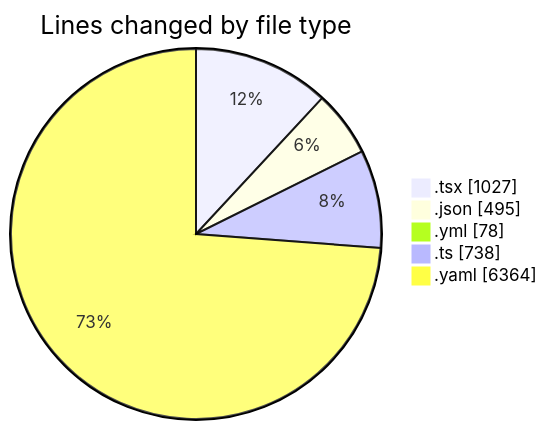
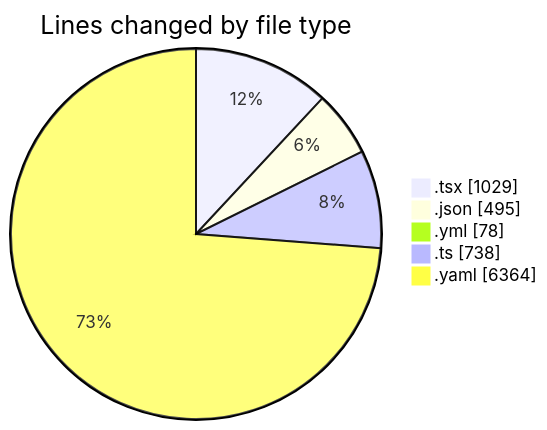
Before and after one commit to julien-gomy/code-tracking: the first of 2 diagrams in 2025-11-27/eventscop-frontend-guide__workspace_/README.md, drawn with Mermaid. The commit also changed other lines of this file and 1 other file, not shown here.

````diff
--- a/2025-11-27/eventscop-frontend-guide__workspace_/README.md
+++ b/2025-11-27/eventscop-frontend-guide__workspace_/README.md
@@ -45,9 +45,9 @@
 ```mermaid
 pie showData
 title Lines changed by file type
-".tsx" : 1027
+".tsx" : 1029
 ".json" : 495
 ".yml" : 78
 ".ts" : 738
 ".yaml" : 6364
 ```
````
